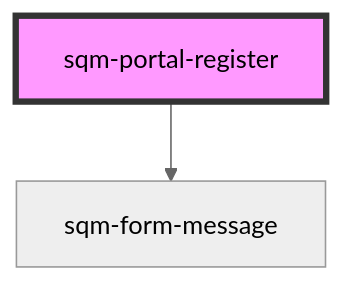
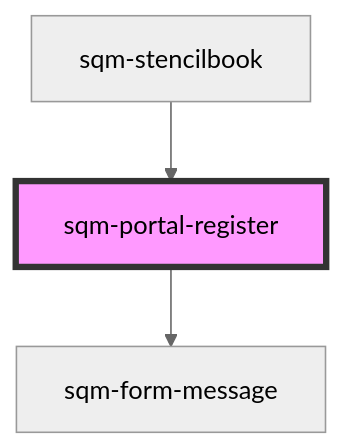
One commit to saasquatch/program-tools changed the diagram in packages/mint-components/src/components/sqm-portal-register/readme.md. Above: the diagram before and after it, drawn with Mermaid (neutral theme). The commit also changed other lines of this file and 1 other file, not shown here.

````diff
--- a/packages/mint-components/src/components/sqm-portal-register/readme.md
+++ b/packages/mint-components/src/components/sqm-portal-register/readme.md
@@ -29,5 +33,6 @@
 ```mermaid
 graph TD;
   sqm-portal-register --> sqm-form-message
+  sqm-stencilbook --> sqm-portal-register
   style sqm-portal-register fill:#f9f,stroke:#333,stroke-width:4px
 ```
````
